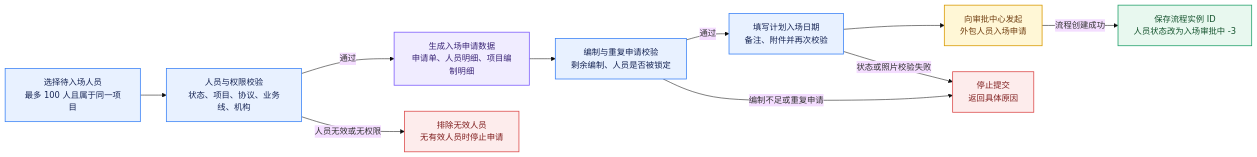
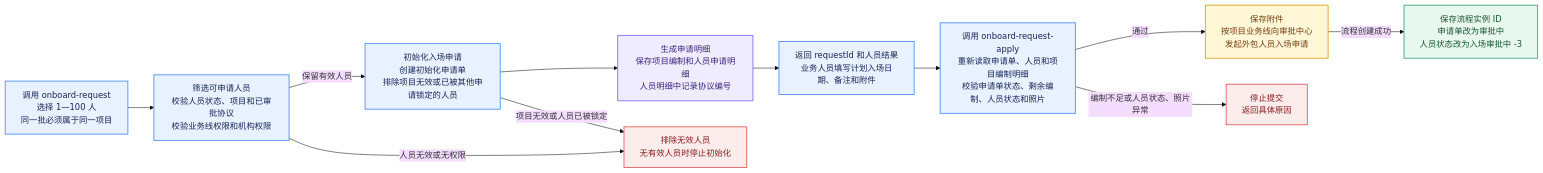
One commit to yunyunafyke-sketch/quartz-personal-blog changed diagram 13 of 16 in content/中华财险-公司项目/hrms（大型人力资源外包管理系统）/项目说明/7.外包人员模块.md. Above: the diagram before and after it, drawn with Mermaid (base theme). The commit also changed other lines of this file and 7 other files, not shown here.

````diff
--- a/content/中华财险-公司项目/hrms（大型人力资源外包管理系统）/项目说明/7.外包人员模块.md
+++ b/content/中华财险-公司项目/hrms（大型人力资源外包管理系统）/项目说明/7.外包人员模块.md
@@ -360,24 +426,25 @@
 ```mermaid
 flowchart LR
-    A[选择待入场人员<br/>最多 100 人且属于同一项目] --> B[人员与权限校验<br/>状态、项目、协议、业务线、机构]
-    B -->|通过| C[生成入场申请数据<br/>申请单、人员明细、项目编制明细]
-    C --> D[编制与重复申请校验<br/>剩余编制、人员是否被锁定]
-    D -->|通过| E[填写计划入场日期<br/>备注、附件并再次校验]
-    E --> F[向审批中心发起<br/>外包人员入场申请]
-    F -->|流程创建成功| G[保存流程实例 ID<br/>人员状态改为入场审批中 -3]
+    A[调用 onboard-request<br/>选择 1—100 人<br/>同一批必须属于同一项目] --> B[筛选可申请人员<br/>校验人员状态、项目和已审批协议<br/>校验业务线权限和机构权限]
+    B -->|保留有效人员| C[初始化入场申请<br/>创建初始化申请单<br/>排除项目无效或已被其他申请锁定的人员]
+    C --> D[生成申请明细<br/>保存项目编制和人员申请明细<br/>人员明细中记录协议编号]
+    D --> E[返回 requestId 和人员结果<br/>业务人员填写计划入场日期、备注和附件]
+    E --> F[调用 onboard-request-apply<br/>重新读取申请单、人员和项目编制明细<br/>校验申请单状态、剩余编制、人员状态和照片]
+    F -->|通过| G[保存附件<br/>按项目业务线向审批中心<br/>发起外包人员入场申请]
+    G -->|流程创建成功| H[保存流程实例 ID<br/>申请单改为审批中<br/>人员状态改为入场审批中 -3]
 
-    B -->|人员无效或无权限| X[排除无效人员<br/>无有效人员时停止申请]
-    D -->|编制不足或重复申请| Y[停止提交<br/>返回具体原因]
-    E -->|状态或照片校验失败| Y
+    B -->|人员无效或无权限| X[排除无效人员<br/>无有效人员时停止初始化]
+    C -->|项目无效或人员已被锁定| X
+    F -->|编制不足或人员状态、照片异常| Y[停止提交<br/>返回具体原因]
 
     classDef action fill:#E8F1FF,stroke:#3B82F6,color:#172554,stroke-width:1.5px;
     classDef data fill:#F0ECFF,stroke:#7C5CFC,color:#3B2677,stroke-width:1.5px;
     classDef approval fill:#FFF7D6,stroke:#D99A00,color:#713F12,stroke-width:1.5px;
     classDef success fill:#E8F8EF,stroke:#22A06B,color:#14532D,stroke-width:1.5px;
     classDef fail fill:#FDECEC,stroke:#DC4C4C,color:#7F1D1D,stroke-width:1.5px;
-    class A,B,D,E action;
-    class C data;
-    class F approval;
-    class G success;
+    class A,B,C,E,F action;
+    class D data;
+    class G approval;
+    class H success;
     class X,Y fail;
 ```
````
